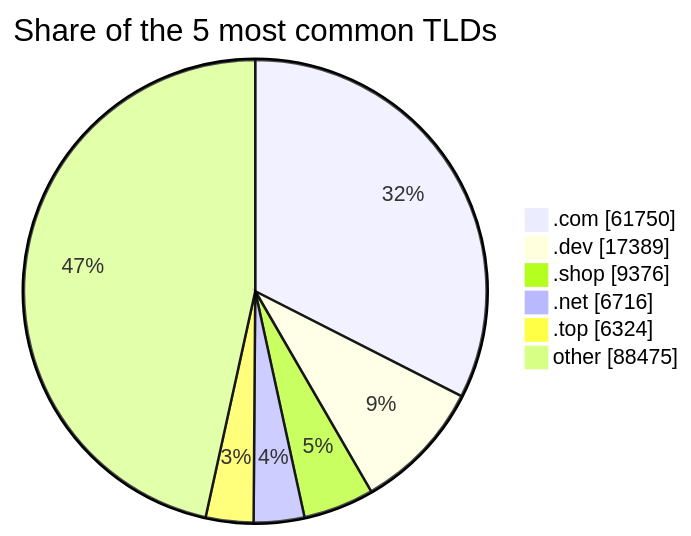
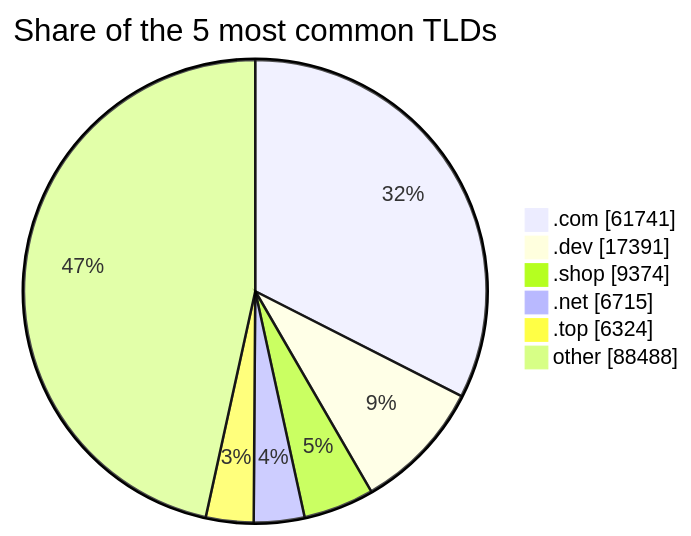
The third of 3 diagrams in README.md (DNSBunker/CTI), drawn with Mermaid before and after one commit. The commit also changed other lines of this file and 3 other files, not shown here.

````diff
--- a/README.md
+++ b/README.md
@@ -81,9 +81,9 @@
 ```mermaid
 pie showData title Share of the 5 most common TLDs
-    ".com" : 61750
-    ".dev" : 17389
-    ".shop" : 9376
-    ".net" : 6716
+    ".com" : 61741
+    ".dev" : 17391
+    ".shop" : 9374
+    ".net" : 6715
     ".top" : 6324
-    "other" : 88475
+    "other" : 88488
 ```
````
